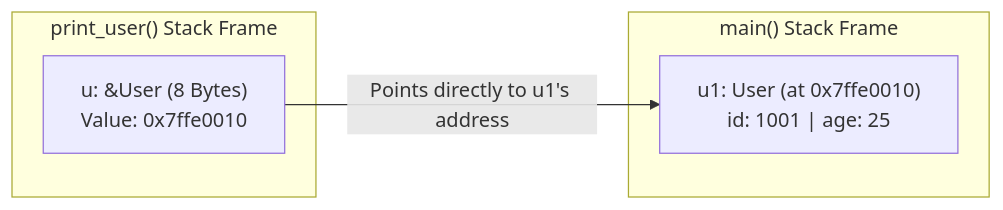
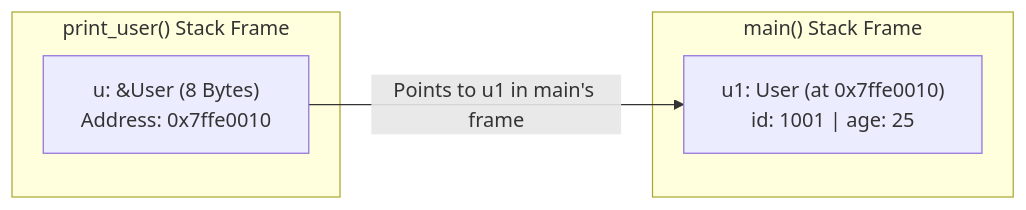
The first of 2 diagrams in SWE/Langs/rust/Episode 2 - References, traits and generics.md (meedoomostafa/eng-blueprints), drawn with Mermaid before and after one commit. The commit also changed other lines of this file and 1 other file, not shown here.

````diff
--- a/SWE/Langs/rust/Episode 2 - References, traits and generics.md
+++ b/SWE/Langs/rust/Episode 2 - References, traits and generics.md
@@ -74,12 +76,12 @@
 ```mermaid
 graph LR
     subgraph print_user ["print_user() Stack Frame"]
-        Ref["u: &User (8 Bytes)<br/>Value: 0x7ffe0010"]
+        Ref["u: &amp;User (8 Bytes)<br/>Address: 0x7ffe0010"]
     end
 
     subgraph main ["main() Stack Frame"]
         Orig["u1: User (at 0x7ffe0010)<br/>id: 1001 | age: 25"]
     end
 
-    Ref -- "Points directly to u1's address" --> Orig
+    Ref -- "Points to u1 in main's frame" --> Orig
 ```
````
